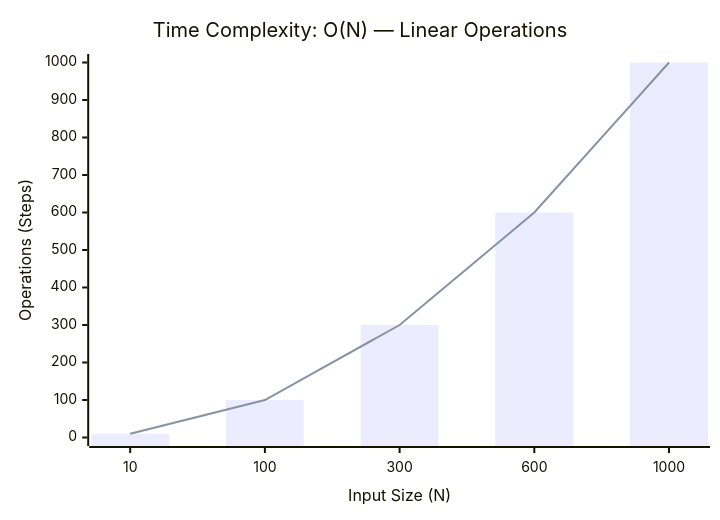
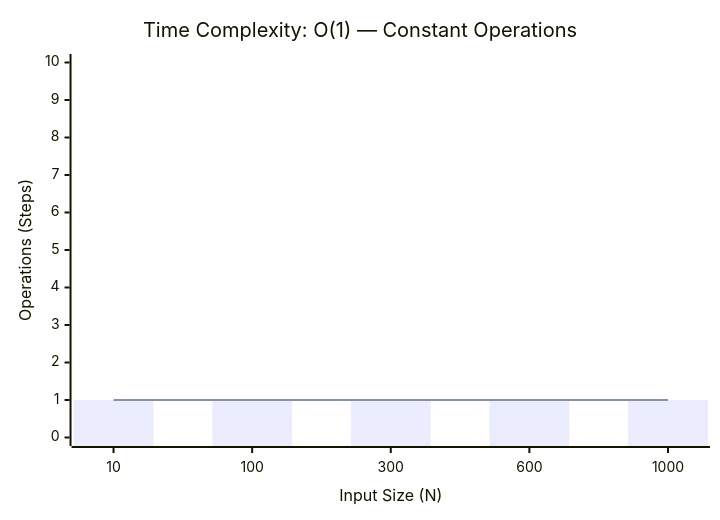
Before and after one commit to mitulgupta271-cy/dsa-prep: the first of 2 diagrams in power-of-two/README.md, drawn with Mermaid. The commit also changed other lines of this file and 2 other files, not shown here.

Commit message:
[Easy] Solved: Power of Two (Runtime: N/Ams)

````diff
--- a/power-of-two/README.md
+++ b/power-of-two/README.md
@@ -62,8 +62,8 @@
 ```mermaid
 xychart-beta
-    title "Time Complexity: O(N) — Linear Operations"
+    title "Time Complexity: O(1) — Constant Operations"
     x-axis "Input Size (N)" [10, 100, 300, 600, 1000]
-    y-axis "Operations (Steps)" 0 --> 1000
-    bar [10, 100, 300, 600, 1000]
-    line [10, 100, 300, 600, 1000]
+    y-axis "Operations (Steps)" 0 --> 10
+    bar [1, 1, 1, 1, 1]
+    line [1, 1, 1, 1, 1]
 ```
````
